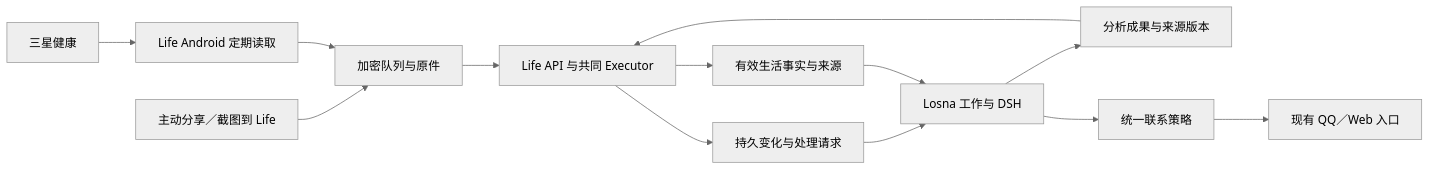
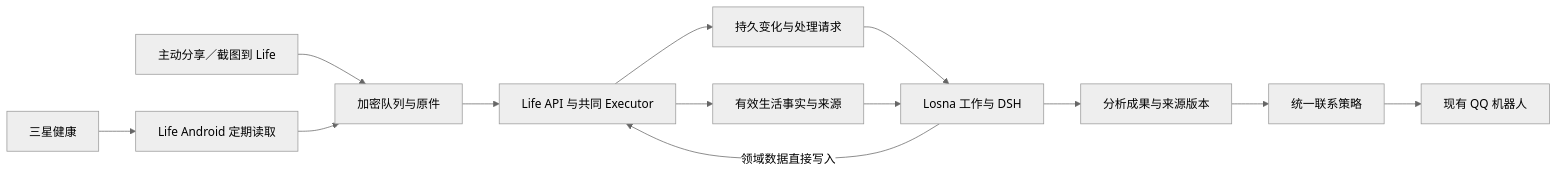
Before and after one commit to Cylunex/shadow-life: the diagram in docs/architecture/health-capture-losna.md, drawn with Mermaid (neutral theme). The commit also changed other lines of this file and 1 other file, not shown here.

````diff
--- a/docs/architecture/health-capture-losna.md
+++ b/docs/architecture/health-capture-losna.md
@@ -23,15 +25,15 @@
 ```mermaid
 flowchart LR
   Samsung[三星健康] --> Phone[Life Android 定期读取]
   Share[主动分享／截图到 Life] --> Queue[加密队列与原件]
   Phone --> Queue
   Queue --> Life[Life API 与共同 Executor]
   Life --> Facts[有效生活事实与来源]
   Life --> Feed[持久变化与处理请求]
   Feed --> Losna[Losna 工作与 DSH]
   Facts --> Losna
   Losna --> Result[分析成果与来源版本]
-  Result --> Life
-  Losna --> Contact[统一联系策略]
-  Contact --> Chat[现有 QQ／Web 入口]
+  Losna -->|领域数据直接写入| Life
+  Result --> Contact[统一联系策略]
+  Contact --> Chat[现有 QQ 机器人]
 ```
````
